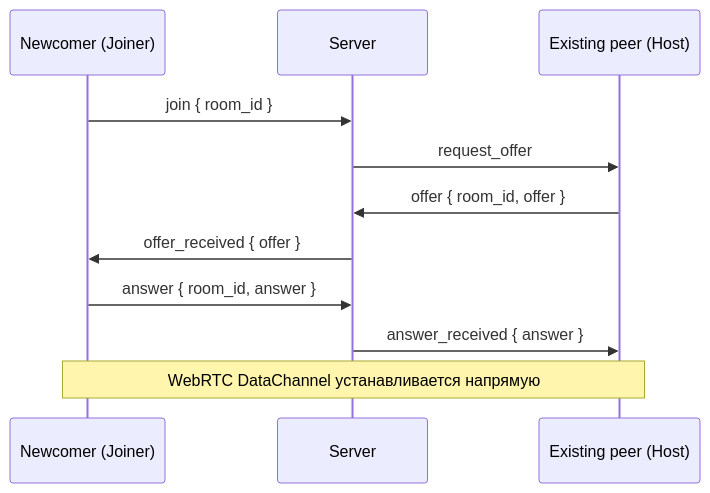
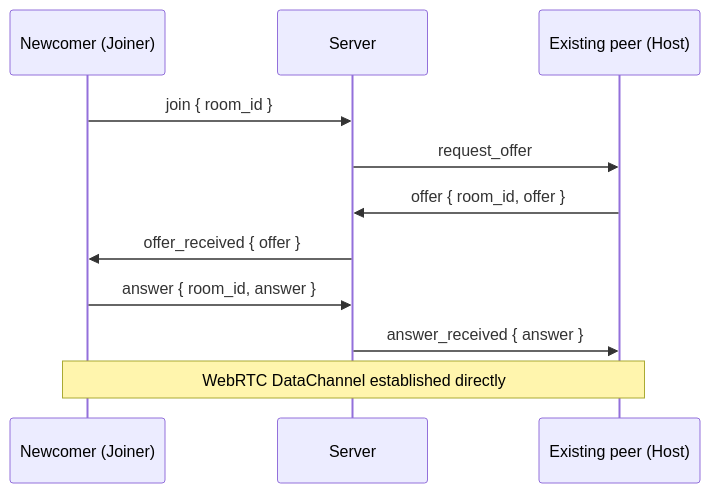
The second of 2 diagrams in docs/signaling-server.md (PixelQuasar/antenna), drawn with Mermaid before and after one commit. The commit also changed other lines of this file and 31 other files, not shown here.

````diff
--- a/docs/signaling-server.md
+++ b/docs/signaling-server.md
@@ -68,14 +68,14 @@
 ```mermaid
 sequenceDiagram
     participant N as Newcomer (Joiner)
     participant S as Server
     participant H as Existing peer (Host)
 
     N ->> S: join { room_id }
     S ->> H: request_offer
     H ->> S: offer { room_id, offer }
     S ->> N: offer_received { offer }
     N ->> S: answer { room_id, answer }
     S ->> H: answer_received { answer }
-    note over N,H: WebRTC DataChannel устанавливается напрямую
+    note over N,H: WebRTC DataChannel established directly
 ```
````
